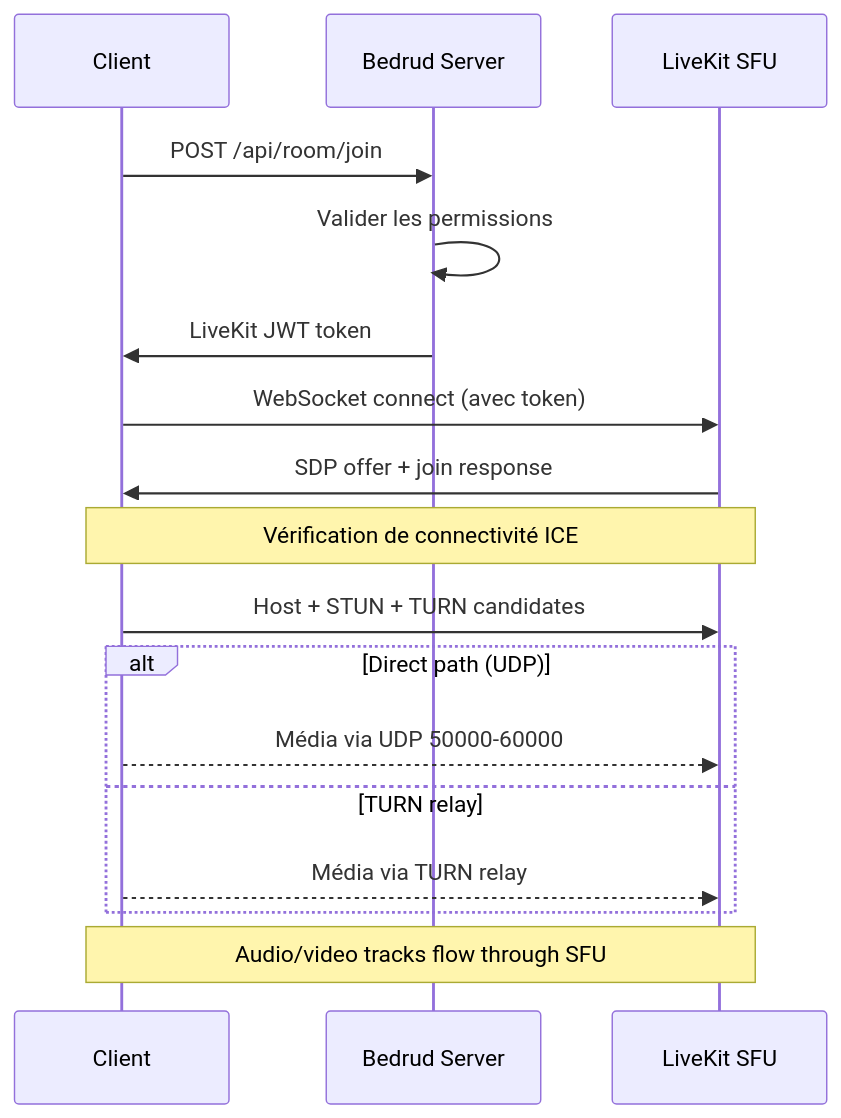
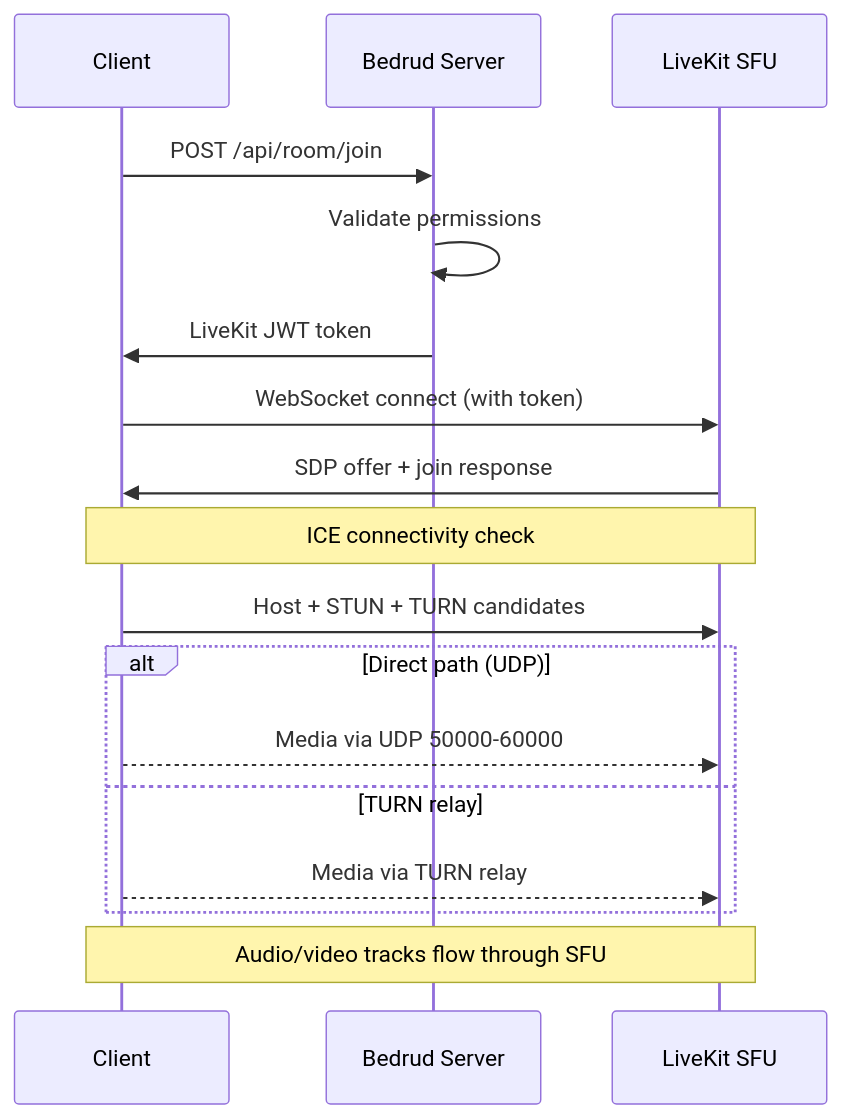
One commit to bedrud-ir/bedrud-landing changed the third of 3 diagrams in src/content/docs/fr/architecture/overview.mdx. Above: the diagram before and after it, drawn with Mermaid. The commit also changed other lines of this file and 122 other files, not shown here.

First line of the commit message:
Update markdown diagram to mermaid, Update Demo link, Add sitemap per language (#5)

````diff
--- a/src/content/docs/fr/architecture/overview.mdx
+++ b/src/content/docs/fr/architecture/overview.mdx
@@ -153,23 +143,23 @@
 ```mermaid
 sequenceDiagram
     participant C as Client
     participant S as Bedrud Server
     participant LK as LiveKit SFU
 
     C->>S: POST /api/room/join
-    S->>S: Valider les permissions
+    S->>S: Validate permissions
     S->>C: LiveKit JWT token
-    C->>LK: WebSocket connect (avec token)
+    C->>LK: WebSocket connect (with token)
     LK->>C: SDP offer + join response
 
-    Note over C,LK: Vérification de connectivité ICE
+    Note over C,LK: ICE connectivity check
     C->>LK: Host + STUN + TURN candidates
 
     alt Direct path (UDP)
-        C-->>LK: Média via UDP 50000-60000
+        C-->>LK: Media via UDP 50000-60000
     else TURN relay
-        C-->>LK: Média via TURN relay
+        C-->>LK: Media via TURN relay
     end
 
     Note over C,LK: Audio/video tracks flow through SFU
 ```
````
